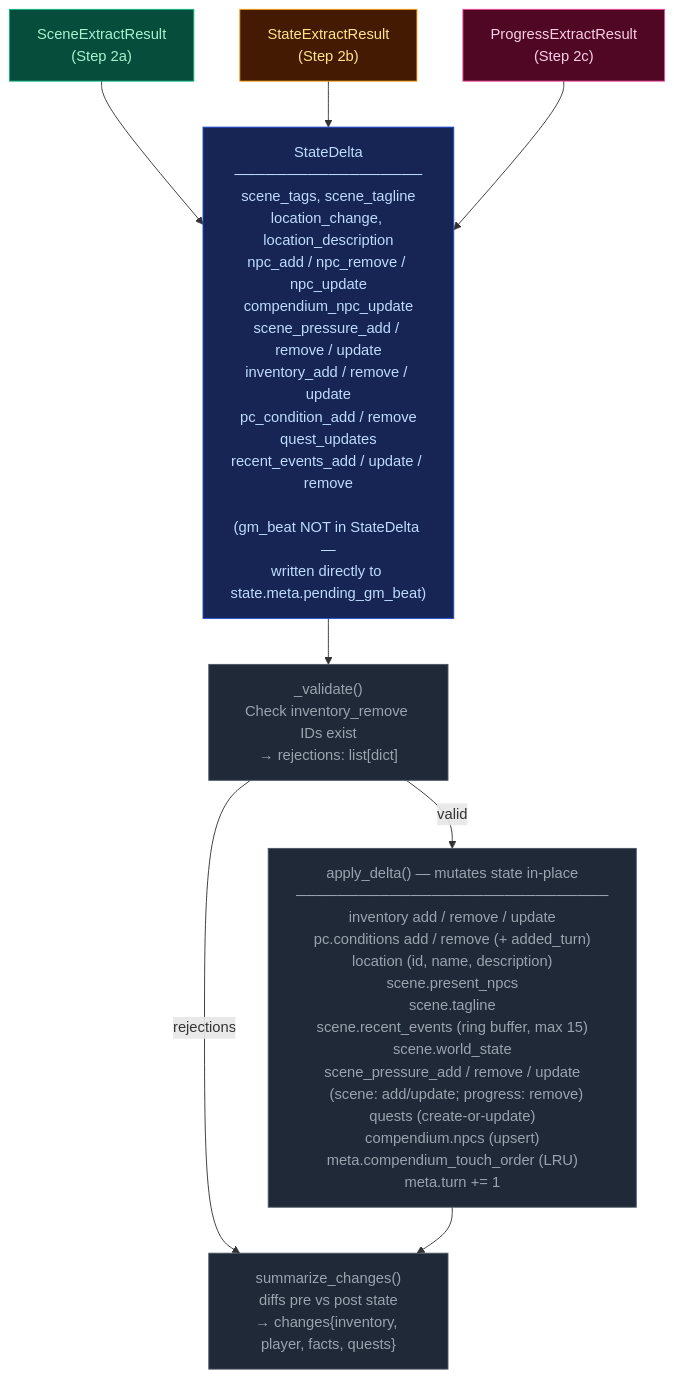
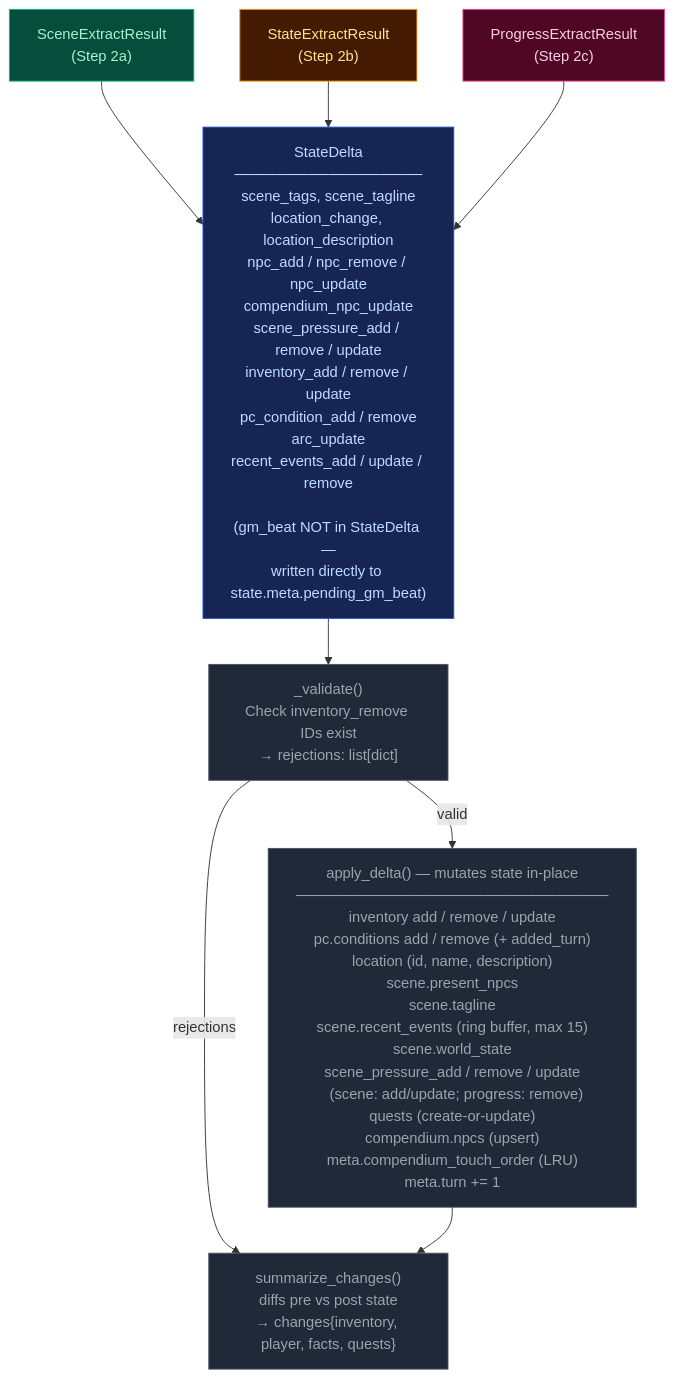
One commit to pww217/fablethread changed the ninth of 17 diagrams in docs/ARCHITECTURE.md. Above: the diagram before and after it, drawn with Mermaid. The commit also changed 6 other files, not shown here.

````diff
--- a/docs/ARCHITECTURE.md
+++ b/docs/ARCHITECTURE.md
@@ -447,28 +447,28 @@
 ```mermaid
 flowchart TD
     classDef stageScene    fill:#064e3b,color:#a7f3d0,stroke:#10b981
     classDef stageState    fill:#451a03,color:#fde68a,stroke:#f59e0b
     classDef stageProgress fill:#500724,color:#fbcfe8,stroke:#ec4899
     classDef pyNode        fill:#1f2937,color:#9ca3af,stroke:#4b5563
     classDef mergeNode     fill:#172554,color:#bfdbfe,stroke:#1d4ed8
 
     SR1["SceneExtractResult<br>(Step 2a)"]:::stageScene
     SR2["StateExtractResult<br>(Step 2b)"]:::stageState
     SR3["ProgressExtractResult<br>(Step 2c)"]:::stageProgress
 
-    MERGE["StateDelta<br>──────────────────<br>scene_tags, scene_tagline<br>location_change, location_description<br>npc_add / npc_remove / npc_update<br>compendium_npc_update<br>scene_pressure_add / remove / update<br>inventory_add / remove / update<br>pc_condition_add / remove<br>quest_updates<br>recent_events_add / update / remove<br><br>(gm_beat NOT in StateDelta —<br>written directly to state.meta.pending_gm_beat)"]:::mergeNode
+    MERGE["StateDelta<br>──────────────────<br>scene_tags, scene_tagline<br>location_change, location_description<br>npc_add / npc_remove / npc_update<br>compendium_npc_update<br>scene_pressure_add / remove / update<br>inventory_add / remove / update<br>pc_condition_add / remove<br>arc_update<br>recent_events_add / update / remove<br><br>(gm_beat NOT in StateDelta —<br>written directly to state.meta.pending_gm_beat)"]:::mergeNode
 
     VALIDATE["_validate()<br>Check inventory_remove IDs exist<br>→ rejections: list[dict]"]:::pyNode
 
     APPLY["apply_delta() — mutates state in-place<br>──────────────────────────────<br>inventory add / remove / update<br>pc.conditions add / remove (+ added_turn)<br>location (id, name, description)<br>scene.present_npcs<br>scene.tagline<br>scene.recent_events (ring buffer, max 15)<br>scene.world_state<br>scene_pressure_add / remove / update<br>  (scene: add/update; progress: remove)<br>quests (create-or-update)<br>compendium.npcs (upsert)<br>meta.compendium_touch_order (LRU)<br>meta.turn += 1"]:::pyNode
 
     DIFF["summarize_changes()<br>diffs pre vs post state<br>→ changes{inventory, player, facts, quests}"]:::pyNode
 
     SR1 --> MERGE
     SR2 --> MERGE
     SR3 --> MERGE
     MERGE --> VALIDATE
     VALIDATE -- "valid" --> APPLY
     VALIDATE -- "rejections" --> DIFF
     APPLY --> DIFF
 ```
````
